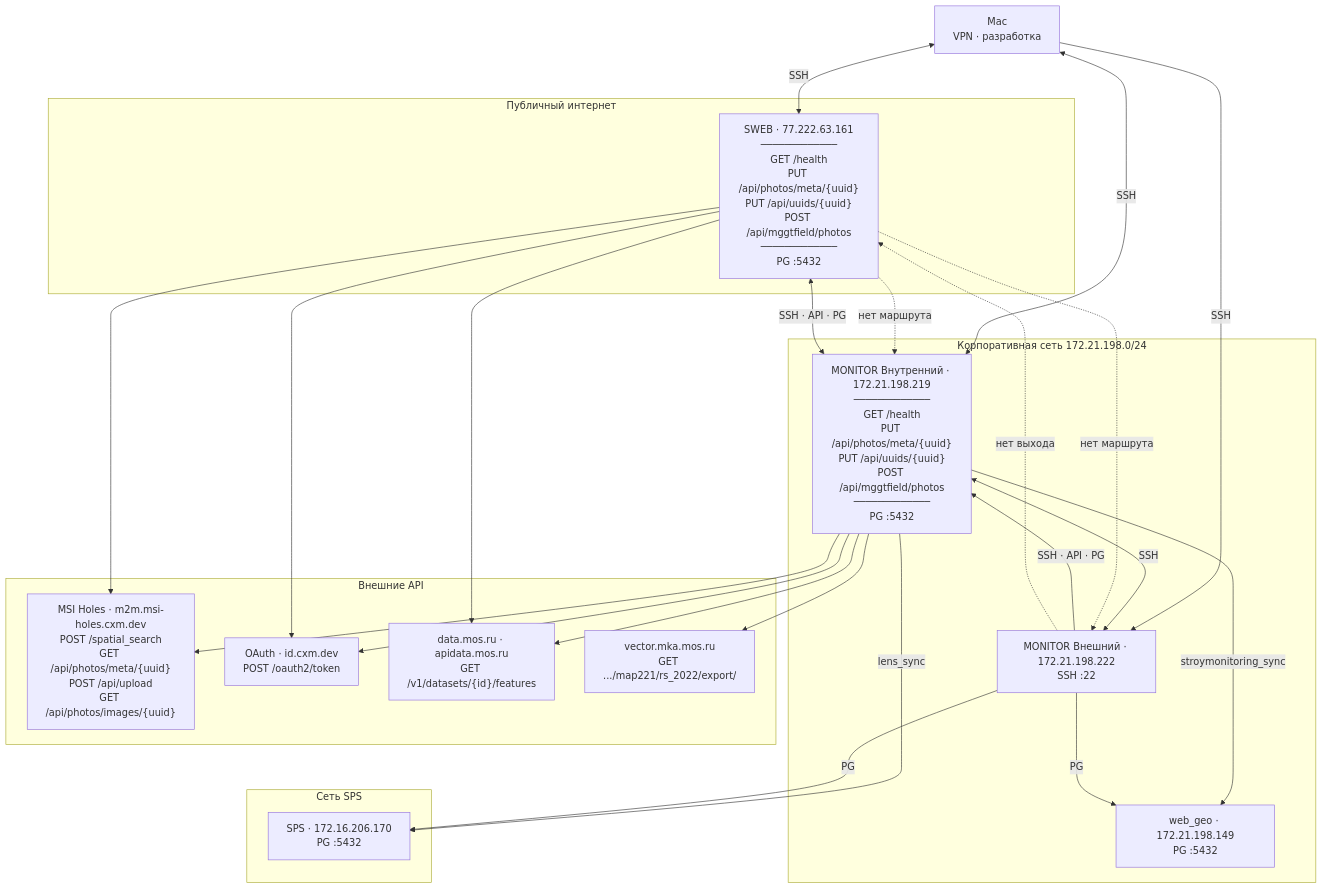
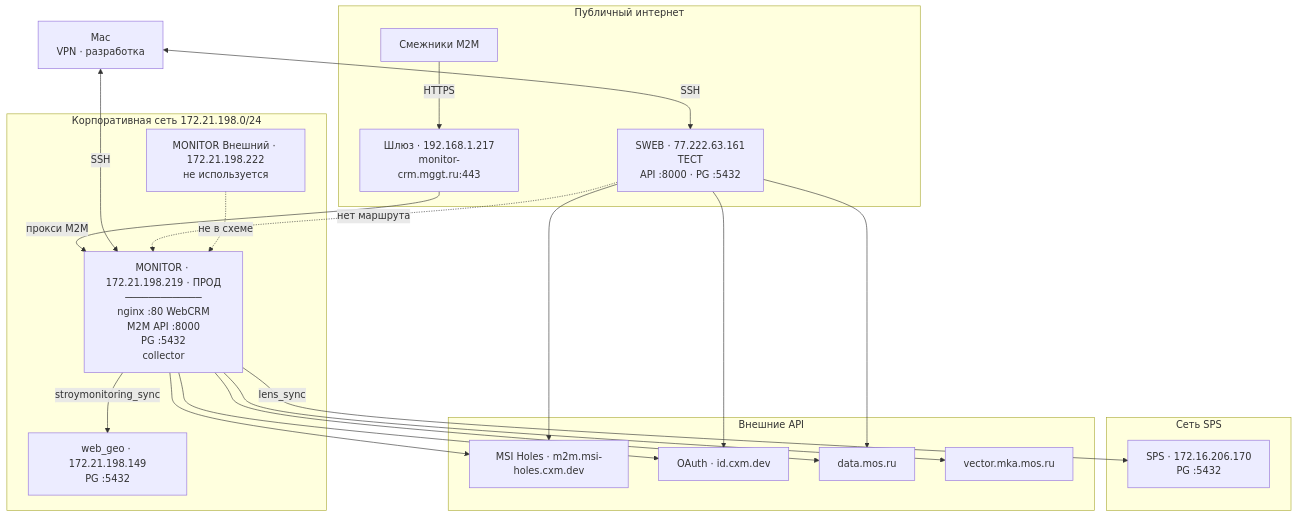
One commit to mstukalov90-source/Monitor changed the diagram in acses_status.md. Above: the diagram before and after it, drawn with Mermaid. The commit also changed other lines of this file and 22 other files, not shown here.

First line of the commit message:
Document mggt production cutover and switch public M2M to monitor-crm.mggt.ru.

````diff
--- a/acses_status.md
+++ b/acses_status.md
@@ -48,50 +66,47 @@
 ```mermaid
 flowchart TB
     MAC["Mac<br/>VPN · разработка"]
 
     subgraph Internet["Публичный интернет"]
-        SWEB["SWEB · 77.222.63.161<br/>─────────────<br/>GET /health<br/>PUT /api/photos/meta/{uuid}<br/>PUT /api/uuids/{uuid}<br/>POST /api/mggtfield/photos<br/>─────────────<br/>PG :5432"]
+        Colleagues["Смежники M2M"]
+        GW["Шлюз · 192.168.1.217<br/>monitor-crm.mggt.ru:443"]
+        SWEB["SWEB · 77.222.63.161<br/>ТЕСТ<br/>API :8000 · PG :5432"]
     end
 
     subgraph CorpLAN["Корпоративная сеть 172.21.198.0/24"]
-        MON_INT["MONITOR Внутренний · 172.21.198.219<br/>─────────────<br/>GET /health<br/>PUT /api/photos/meta/{uuid}<br/>PUT /api/uuids/{uuid}<br/>POST /api/mggtfield/photos<br/>─────────────<br/>PG :5432"]
-        MON_EXT["MONITOR Внешний · 172.21.198.222<br/>SSH :22"]
+        MON["MONITOR · 172.21.198.219 · ПРОД<br/>─────────────<br/>nginx :80 WebCRM<br/>M2M API :8000<br/>PG :5432<br/>collector"]
+        MON_EXT["MONITOR Внешний · 172.21.198.222<br/>не используется"]
         WEBGEO["web_geo · 172.21.198.149<br/>PG :5432"]
     end
 
     subgraph SPSLAN["Сеть SPS"]
         SPS["SPS · 172.16.206.170<br/>PG :5432"]
     end
 
     subgraph ExtAPI["Внешние API"]
-        MSI["MSI Holes · m2m.msi-holes.cxm.dev<br/>POST /spatial_search<br/>GET /api/photos/meta/{uuid}<br/>POST /api/upload<br/>GET /api/photos/images/{uuid}"]
-        OAUTH["OAuth · id.cxm.dev<br/>POST /oauth2/token"]
-        DATAMOS["data.mos.ru · apidata.mos.ru<br/>GET /v1/datasets/{id}/features"]
-        VECTORMKA["vector.mka.mos.ru<br/>GET .../map221/rs_2022/export/"]
+        MSI["MSI Holes · m2m.msi-holes.cxm.dev"]
+        OAUTH["OAuth · id.cxm.dev"]
+        DATAMOS["data.mos.ru"]
+        VECTORMKA["vector.mka.mos.ru"]
     end
 
+    Colleagues -->|HTTPS| GW
+    GW -->|прокси M2M| MON
+
     MAC <-->|SSH| SWEB
-    MAC <-->|SSH| MON_INT
-    MAC -->|SSH| MON_EXT
+    MAC <-->|SSH| MON
 
-    MON_INT <-->|SSH · API · PG| SWEB
-    MON_INT <-->|SSH| MON_EXT
-    MON_INT -->|lens_sync| SPS
-    MON_INT -->|stroymonitoring_sync| WEBGEO
-    MON_INT --> MSI
-    MON_INT --> OAUTH
-    MON_INT --> DATAMOS
-    MON_INT --> VECTORMKA
-
-    MON_EXT -->|SSH · API · PG| MON_INT
-    MON_EXT -->|PG| SPS
-    MON_EXT -->|PG| WEBGEO
+    MON -->|lens_sync| SPS
+    MON -->|stroymonitoring_sync| WEBGEO
+    MON --> MSI
+    MON --> OAUTH
+    MON --> DATAMOS
+    MON --> VECTORMKA
 
     SWEB --> MSI
     SWEB --> OAUTH
     SWEB --> DATAMOS
 
-    SWEB -.->|нет маршрута| MON_INT
-    SWEB -.->|нет маршрута| MON_EXT
-    MON_EXT -.->|нет выхода| SWEB
+    SWEB -.->|нет маршрута| MON
+    MON_EXT -.->|не в схеме| MON
 ```
````
